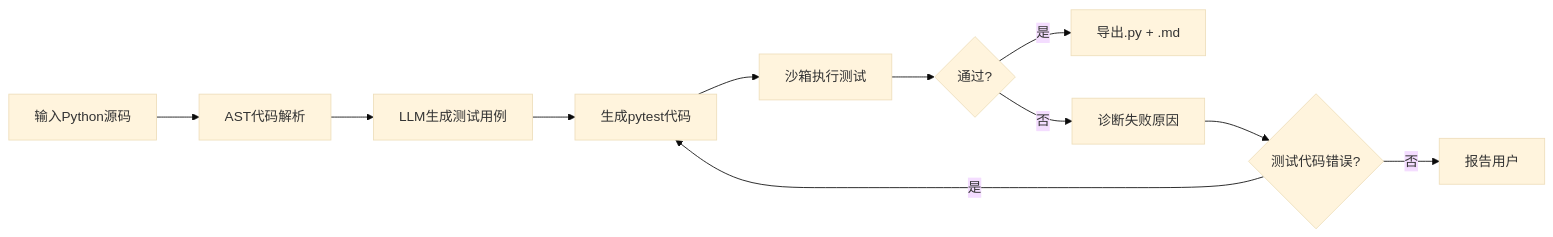
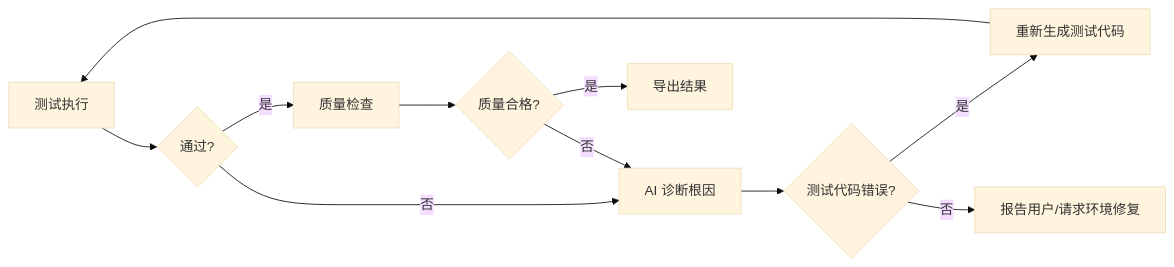
The second of 2 diagrams in readme.md (sanqianclx/TestCaseAgent), drawn with Mermaid (base theme) before and after one commit. The commit also changed other lines of this file and 12 other files, not shown here.

````diff
--- a/readme.md
+++ b/readme.md
@@ -22,13 +218,13 @@
 ```mermaid
 flowchart LR
-    A[输入Python源码] --> B[AST代码解析]
-    B --> C[LLM生成测试用例]
-    C --> D[生成pytest代码]
-    D --> E[沙箱执行测试]
-    E --> F{通过?}
-    F -- 是 --> G[导出.py + .md]
-    F -- 否 --> H[诊断失败原因]
-    H --> I{测试代码错误?}
-    I -- 是 --> D
-    I -- 否 --> J[报告用户]
+    A[测试执行] --> B{通过?}
+    B -->|是| C[质量检查]
+    B -->|否| D[AI 诊断根因]
+    C --> E{质量合格?}
+    E -->|是| F[导出结果]
+    E -->|否| D
+    D --> G{测试代码错误?}
+    G -->|是| H[重新生成测试代码]
+    G -->|否| I[报告用户/请求环境修复]
+    H --> A
 ```
````
